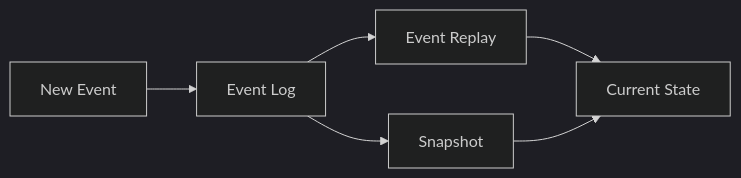
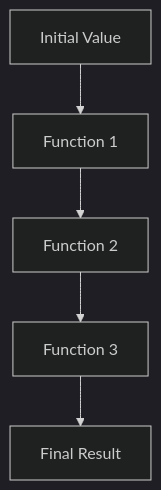
Before and after one commit to MasteryEducation/SoftwarePatternsLexicon.com: the diagram in content/patterns-clojure/5/1/index.md, drawn with Mermaid (dark theme). The commit also changed other lines of this file and 462 other files, not shown here.

````diff
--- a/content/patterns-clojure/5/1/index.md
+++ b/content/patterns-clojure/5/1/index.md
@@ -114,8 +169,7 @@
 ```mermaid
-graph LR
-    A[Event Log] --> B[Event Replay]
-    B --> C[Current State]
-    A --> D[Snapshot]
-    D --> C
-    E[New Event] --> A
+graph TD;
+    A[Initial Value] --> B[Function 1]
+    B --> C[Function 2]
+    C --> D[Function 3]
+    D --> E[Final Result]
 ```
````
